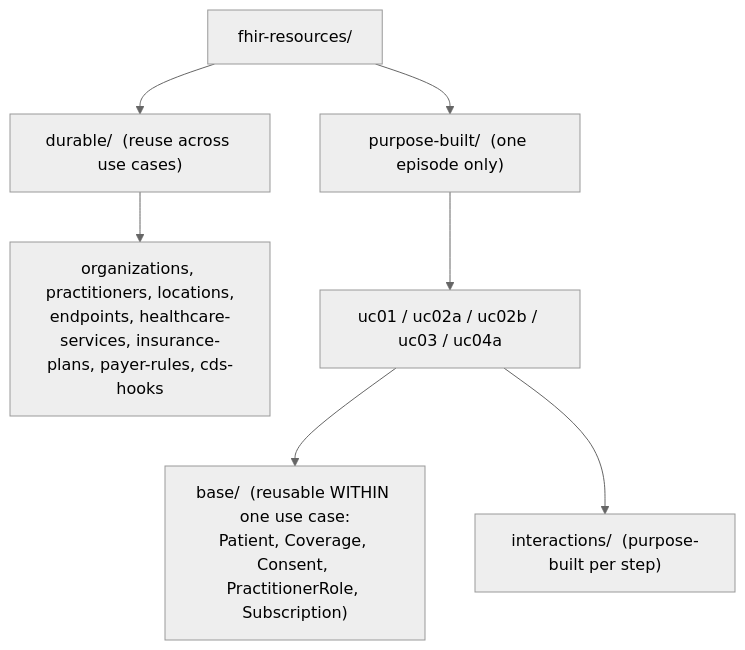
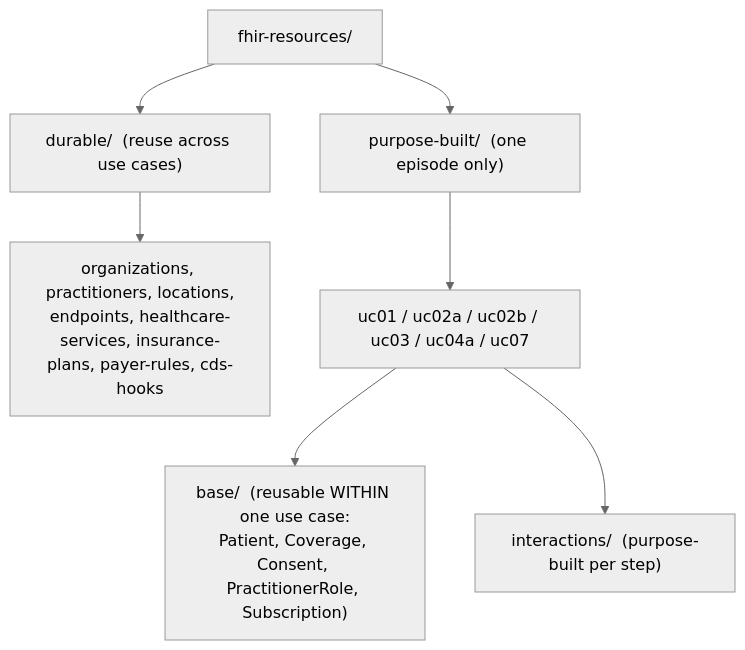
Before and after one commit to lp-digitalhealth/ohia-test-data: the diagram in 2026-CMS-Connectathon/fhir-resources/README.md, drawn with Mermaid (neutral theme). The commit also changed other lines of this file and 42 other files, not shown here.

````diff
--- a/2026-CMS-Connectathon/fhir-resources/README.md
+++ b/2026-CMS-Connectathon/fhir-resources/README.md
@@ -10,9 +10,9 @@
 ```mermaid
 graph TD
   root["fhir-resources/"] --> dur["durable/  (reuse across use cases)"]
   root --> pb["purpose-built/  (one episode only)"]
   dur --> reg["organizations, practitioners, locations,<br/>endpoints, healthcare-services, insurance-plans, payer-rules, cds-hooks"]
-  pb --> uc["uc01 / uc02a / uc02b / uc03 / uc04a"]
+  pb --> uc["uc01 / uc02a / uc02b / uc03 / uc04a / uc07"]
   uc --> base["base/  (reusable WITHIN one use case:<br/>Patient, Coverage, Consent, PractitionerRole, Subscription)"]
   uc --> ix["interactions/  (purpose-built per step)"]
 ```
````
